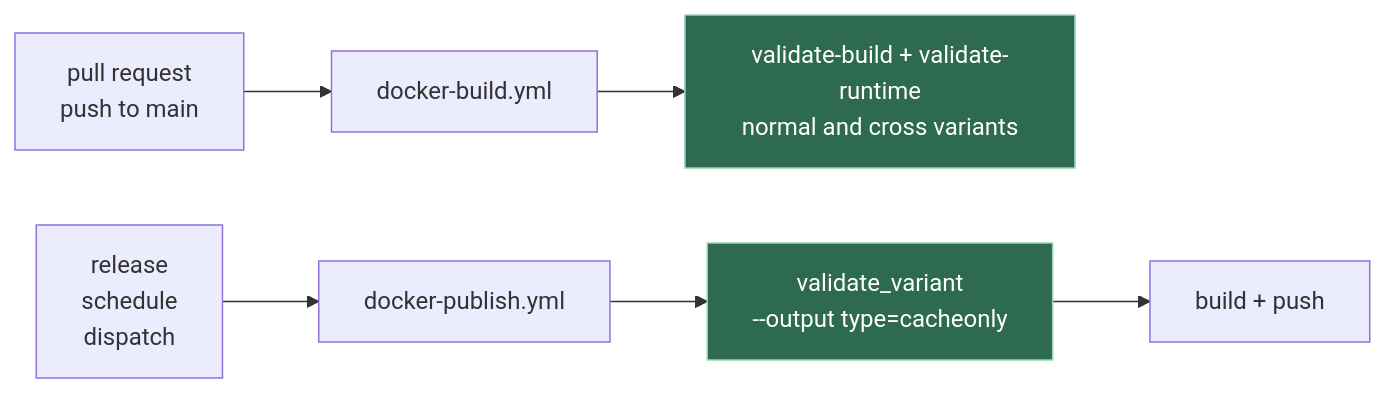
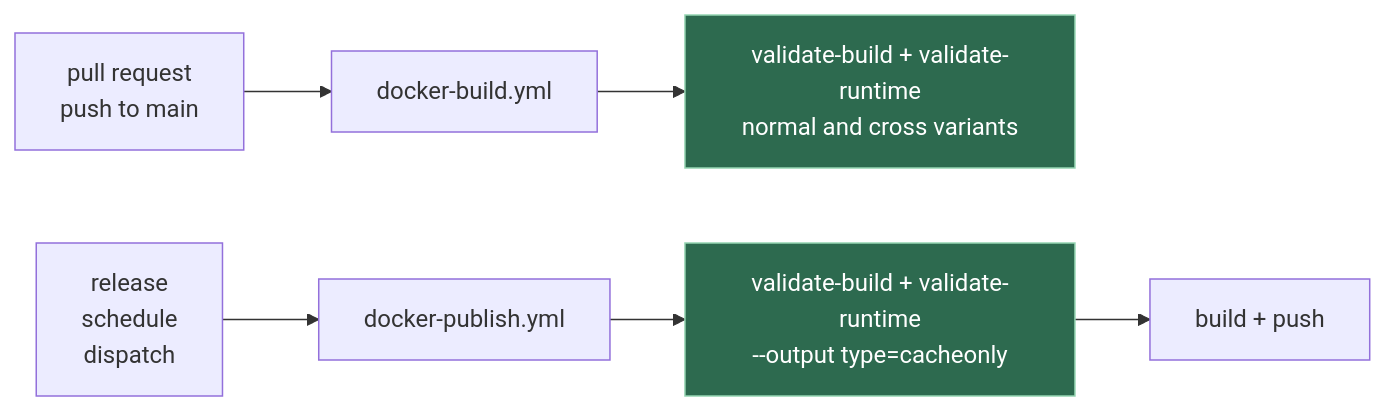
The third of 3 diagrams in docs/IMAGES_VALIDATION.md (GuillaumeDua/cpp-toolchain), drawn with Mermaid before and after one commit. The commit also changed 1 other file, not shown here.

Commit message:
[#50] CI refactoring, cleanup - update HOW_TO_CONTRIBUTE

````diff
--- a/docs/IMAGES_VALIDATION.md
+++ b/docs/IMAGES_VALIDATION.md
@@ -245,12 +245,12 @@
 ```mermaid
 flowchart LR
     pr["pull request<br/>push to main"] --> dbuild["docker-build.yml"]
     dbuild --> g1["validate-build + validate-runtime<br/>normal and cross variants"]
 
     trigger["release<br/>schedule<br/>dispatch"] --> dpub["docker-publish.yml"]
-    dpub --> g2["validate_variant<br/>--output type=cacheonly"]
+    dpub --> g2["validate-build + validate-runtime<br/>--output type=cacheonly"]
     g2 --> push["build + push"]
 
     classDef gate fill:#2d6a4f,stroke:#95d5b2,color:#ffffff
     class g1,g2 gate
 ```
````
